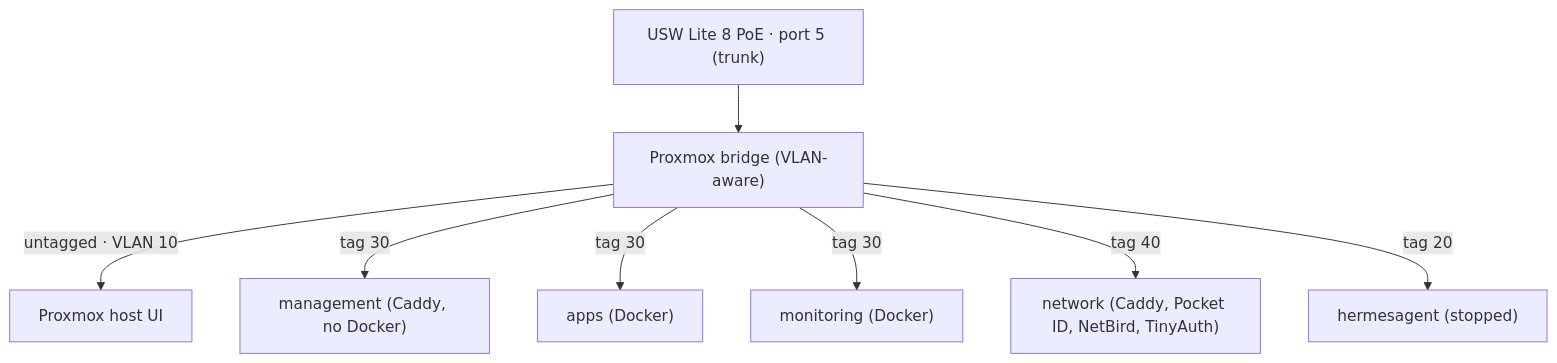
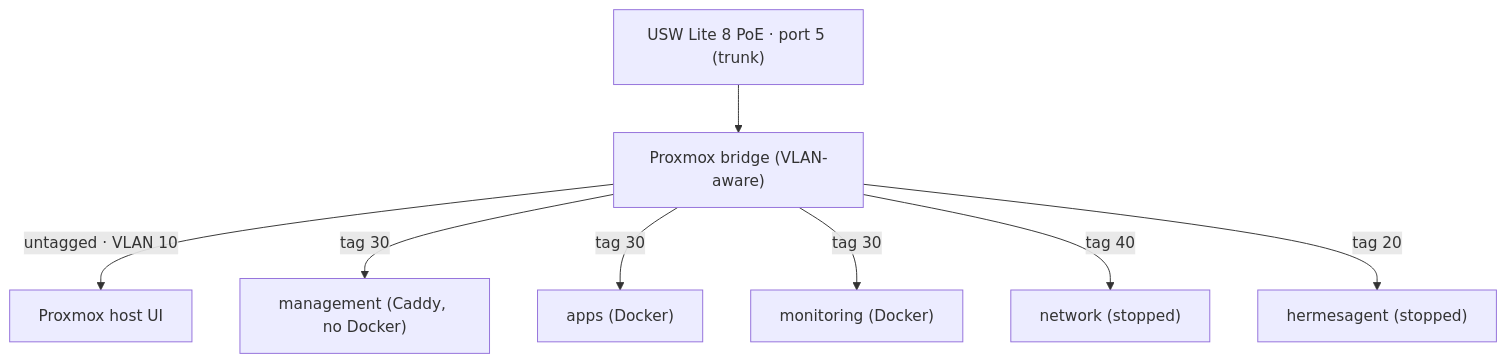
One commit to shaaz-f/home-server changed the diagram in docs/homelab.md. Above: the diagram before and after it, drawn with Mermaid. The commit also changed other lines of this file and 6 other files, not shown here.

````diff
--- a/docs/homelab.md
+++ b/docs/homelab.md
@@ -13,10 +13,10 @@
 ```mermaid
 flowchart TD
     SW["USW Lite 8 PoE · port 5 (trunk)"] --> BR["Proxmox bridge (VLAN-aware)"]
     BR -- "untagged · VLAN 10" --> HOST["Proxmox host UI"]
     BR -- "tag 30" --> CADDY["management (Caddy, no Docker)"]
     BR -- "tag 30" --> APPS["apps (Docker)"]
     BR -- "tag 30" --> MON["monitoring (Docker)"]
-    BR -- "tag 40" --> NET["network (Caddy, Pocket ID, NetBird, TinyAuth)"]
+    BR -- "tag 40" --> NET["network (stopped)"]
     BR -- "tag 20" --> HERMES["hermesagent (stopped)"]
 ```
````
